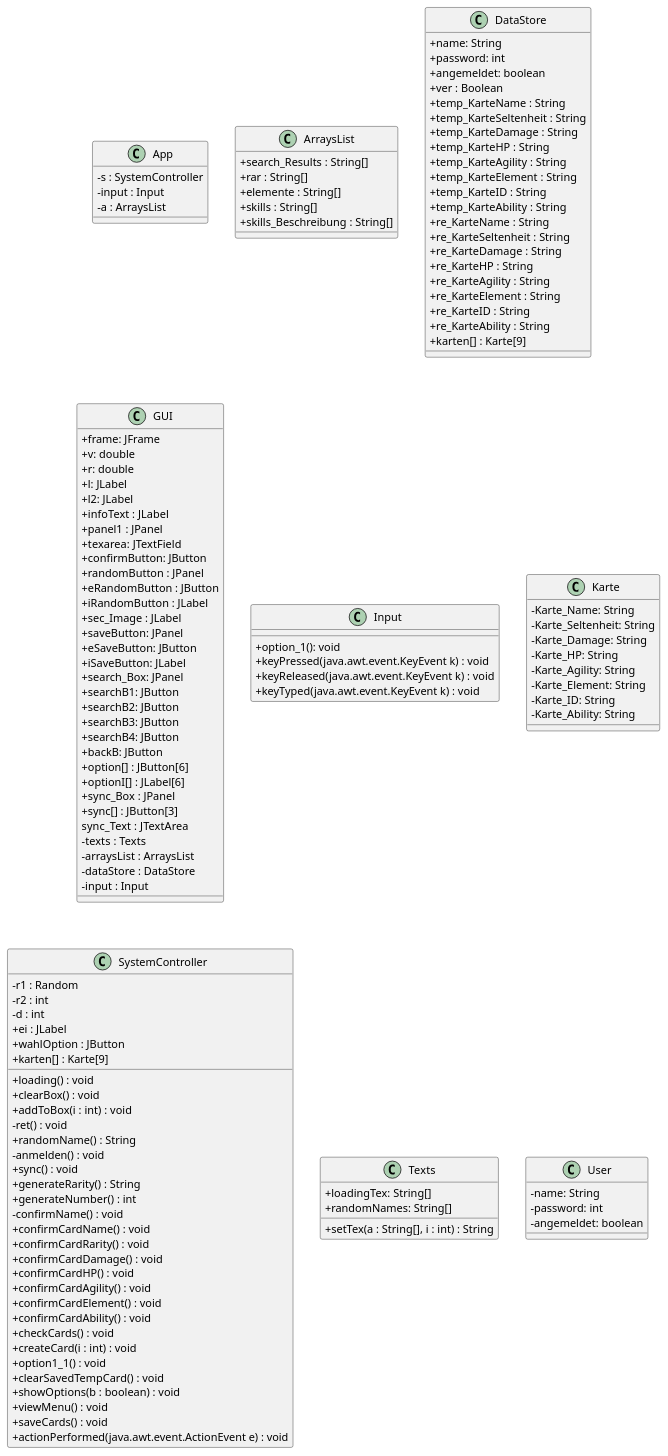
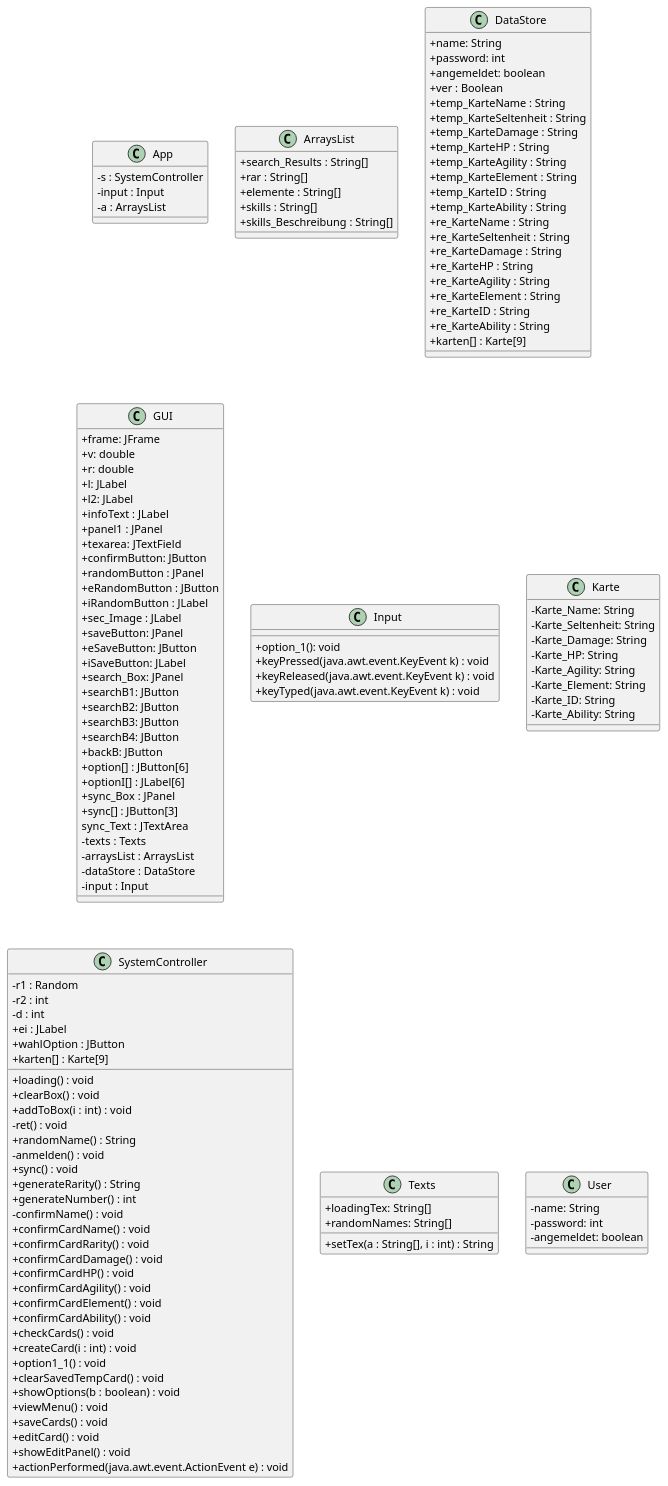
The diagram in Docs/Pflichtenheft/Diagramme/Klassendiagramme.iuml (teach404W/Verwaltungssoftware_Team_2), drawn with PlantUML before and after one commit. The commit also changed 3 other files, not shown here.

```diff
--- a/Docs/Pflichtenheft/Diagramme/Klassendiagramme.iuml
+++ b/Docs/Pflichtenheft/Diagramme/Klassendiagramme.iuml
@@ -1,153 +1,155 @@
 @startuml
 skinparam classAttributeIconSize 0
 
 class App{
  -s : SystemController
  -input : Input
  -a : ArraysList
 }
 
 
 
 class ArraysList{
 +search_Results : String[]
 +rar : String[]
 +elemente : String[]
 +skills : String[]
 +skills_Beschreibung : String[]
 
  }
  
  class DataStore{
  +name: String
  +password: int
  +angemeldet: boolean
  +ver : Boolean
  +temp_KarteName : String
  +temp_KarteSeltenheit : String
  +temp_KarteDamage : String
  +temp_KarteHP : String
  +temp_KarteAgility : String
  +temp_KarteElement : String
  +temp_KarteID : String
  +temp_KarteAbility : String    
  +re_KarteName : String
  +re_KarteSeltenheit : String
  +re_KarteDamage : String
  +re_KarteHP : String
  +re_KarteAgility : String
  +re_KarteElement : String
  +re_KarteID : String
  +re_KarteAbility : String
  +karten[] : Karte[9]
 }
 
 
 
 
 
 class GUI{
  +frame: JFrame
  +v: double
  +r: double
  +l: JLabel
  +l2: JLabel
  +infoText : JLabel
  +panel1 : JPanel
  +texarea: JTextField
  +confirmButton: JButton
  +randomButton : JPanel
  +eRandomButton : JButton
  +iRandomButton : JLabel
  +sec_Image : JLabel
  +saveButton: JPanel
  +eSaveButton: JButton
  +iSaveButton: JLabel
  +search_Box: JPanel
  +searchB1: JButton
  +searchB2: JButton
  +searchB3: JButton
  +searchB4: JButton
  +backB: JButton
  +option[] : JButton[6]
  +optionI[] : JLabel[6]
  +sync_Box : JPanel
  +sync[] : JButton[3]
  sync_Text : JTextArea
  -texts : Texts
  -arraysList : ArraysList
  -dataStore : DataStore
  -input : Input
 
 }
 
 
 class Input{
  +option_1(): void
  +keyPressed(java.awt.event.KeyEvent k) : void
  +keyReleased(java.awt.event.KeyEvent k) : void
  +keyTyped(java.awt.event.KeyEvent k) : void
 }
 
 class Karte{
  -Karte_Name: String
  -Karte_Seltenheit: String
  -Karte_Damage: String
  -Karte_HP: String
  -Karte_Agility: String
  -Karte_Element: String
  -Karte_ID: String
  -Karte_Ability: String
 
 }
 
 class SystemController{
 -r1 : Random
 -r2 : int
 -d : int
 +ei : JLabel
 +wahlOption : JButton
  +karten[] : Karte[9]
  +loading() : void
  +clearBox() : void
  +addToBox(i : int) : void
  -ret() : void
  +randomName() : String
  -anmelden() : void
  +sync() : void
  +generateRarity() : String
  +generateNumber() : int
  -confirmName() : void
  +confirmCardName() : void
  +confirmCardRarity() : void
  +confirmCardDamage() : void
  +confirmCardHP() : void
  +confirmCardAgility() : void
  +confirmCardElement() : void
  +confirmCardAbility() : void
  +checkCards() : void
  +createCard(i : int) : void
  +option1_1() : void
  +clearSavedTempCard() : void
  +showOptions(b : boolean) : void
  +viewMenu() : void
  +saveCards() : void
+ +editCard() : void
+ +showEditPanel() : void
  +actionPerformed(java.awt.event.ActionEvent e) : void
 }
 
 
 class Texts{
 +loadingTex: String[]
 +randomNames: String[]
 +setTex(a : String[], i : int) : String
 }
 
 class User{
  -name: String
  -password: int
  -angemeldet: boolean
 }
 
 
 
 @enduml
```
